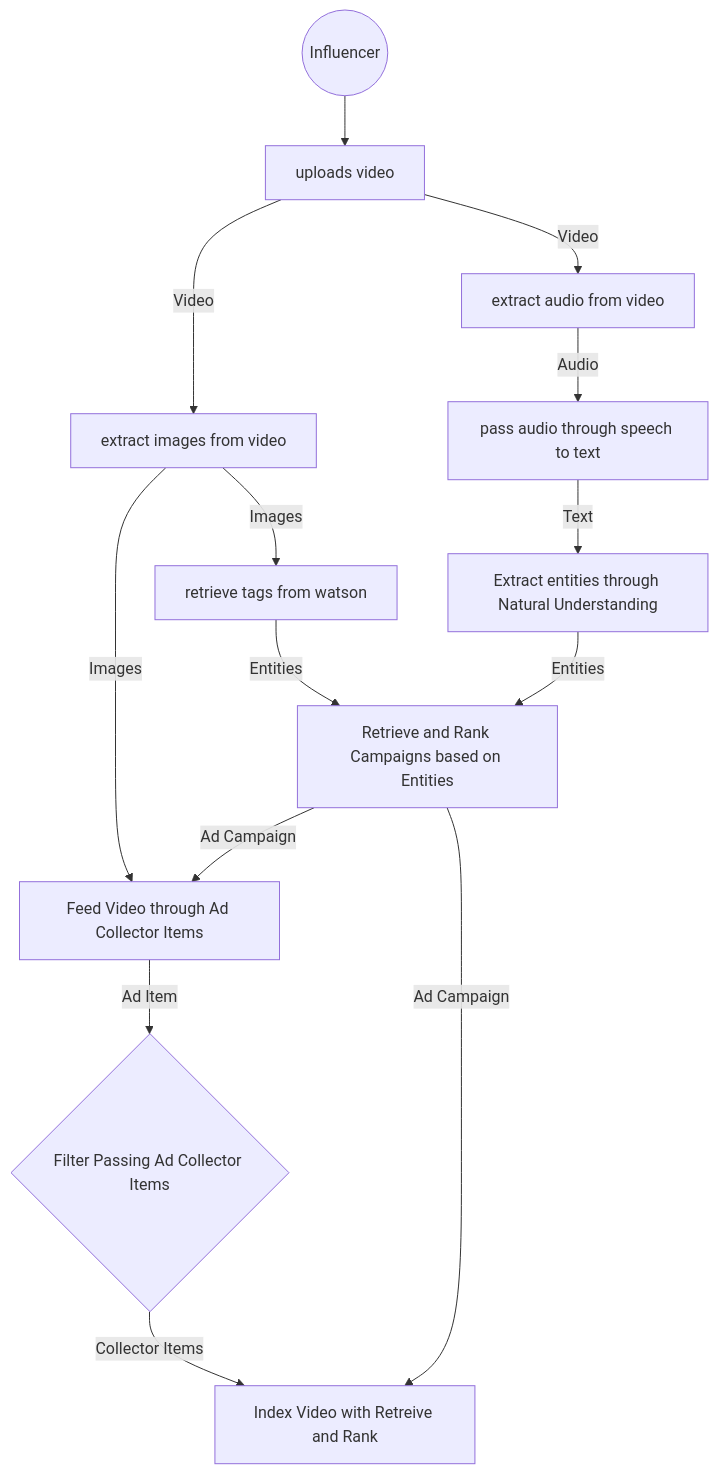
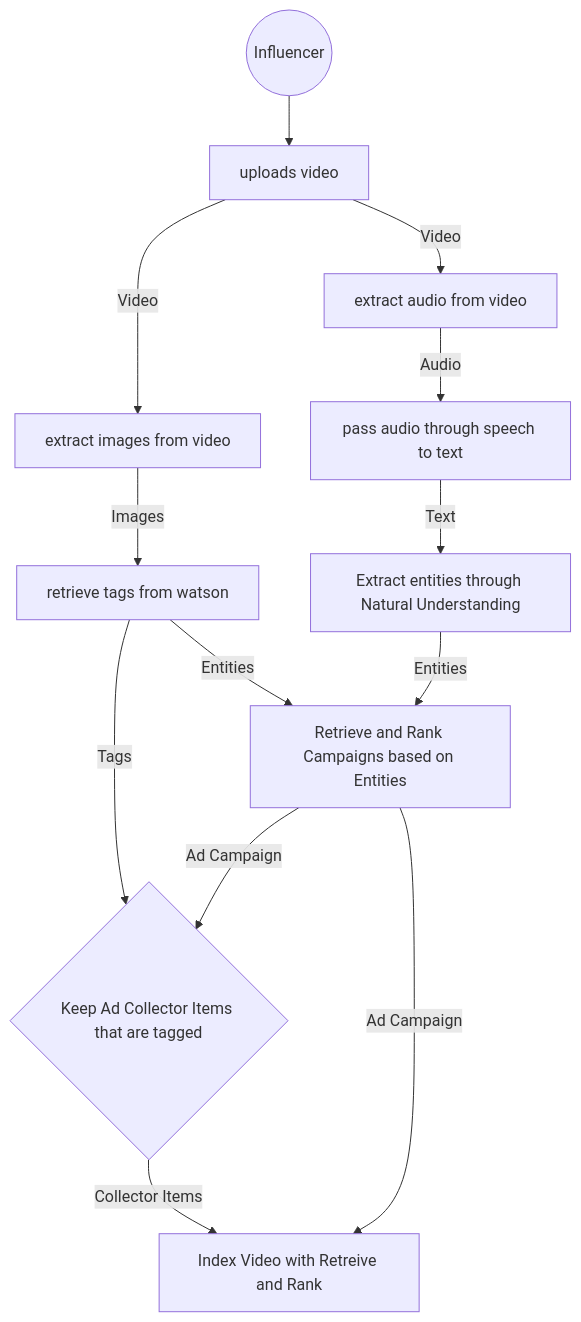
Before and after one commit to formula1/att-hackathon: the diagram in flowcharts/influencer-upload.mmd, drawn with Mermaid. The commit also changed 25 other files, not shown here.

```diff
--- a/flowcharts/influencer-upload.mmd
+++ b/flowcharts/influencer-upload.mmd
@@ -1,34 +1,32 @@
 graph TD;
     influStart((Influencer))
     influInput[uploads video]
     influAudio[extract audio from video]
     influAText[pass audio through speech to text]
     influATExtract[Extract entities through Natural Understanding]
 
     influVExtract[extract images from video]
     influVTag[retrieve tags from watson]
 
     influATRetrieve[Retrieve and Rank Campaigns based on Entities]
 
-    influAdItems[Feed Video through Ad Collector Items]
-    influAdItemsFilter{Filter Passing Ad Collector Items}
+    influAdItemsFilter{Keep Ad Collector Items that are tagged}
 
     influIndexVideo[Index Video with Retreive and Rank]
 
     influStart-->influInput
     influInput-- Video -->influVExtract
     influVExtract-- Images -->influVTag
 
     influInput-- Video -->influAudio
     influAudio-- Audio -->influAText
     influAText-- Text -->influATExtract
 
     influVTag-- Entities -->influATRetrieve
     influATExtract-- Entities -->influATRetrieve
 
-    influVExtract-- Images -->influAdItems
-    influATRetrieve-- Ad Campaign -->influAdItems
-    influAdItems-- Ad Item -->influAdItemsFilter
+    influVTag-- Tags -->influAdItemsFilter
+    influATRetrieve-- Ad Campaign -->influAdItemsFilter
     influAdItemsFilter-- Collector Items -->influIndexVideo
 
     influATRetrieve-- Ad Campaign -->influIndexVideo
```
